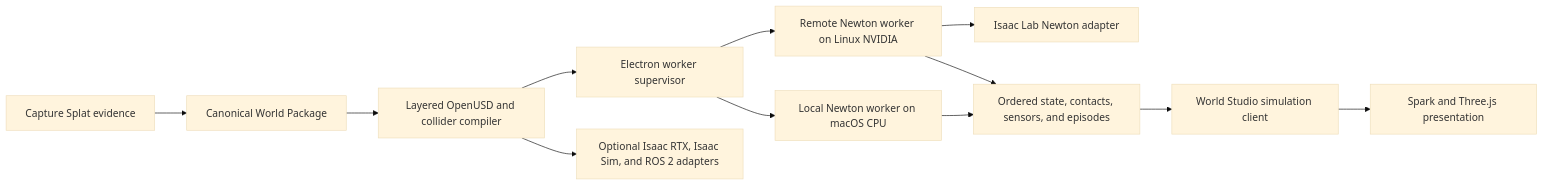
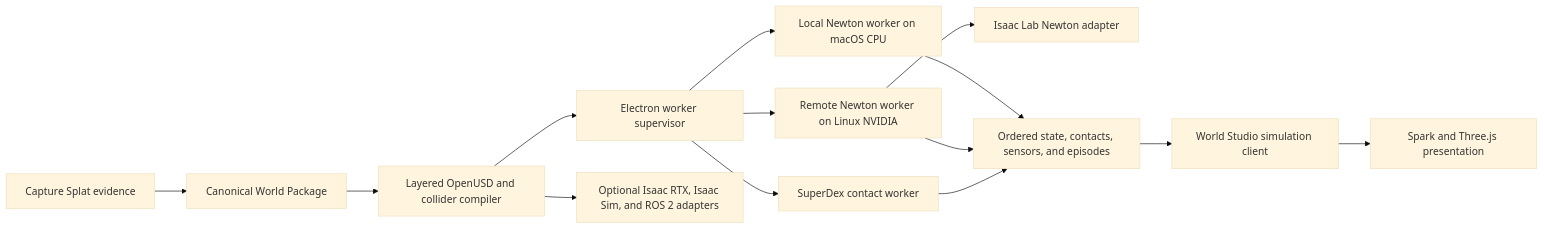
The diagram in docs/blueprints/world-compiler-v0.1/r2s2r-newton-2026-07-29/NEWTON_RUNTIME_ARCHITECTURE.md (sandeep-devarapalli/world-studio), drawn with Mermaid (base theme) before and after one commit. The commit also changed other lines of this file and 18 other files, not shown here.

````diff
--- a/docs/blueprints/world-compiler-v0.1/r2s2r-newton-2026-07-29/NEWTON_RUNTIME_ARCHITECTURE.md
+++ b/docs/blueprints/world-compiler-v0.1/r2s2r-newton-2026-07-29/NEWTON_RUNTIME_ARCHITECTURE.md
@@ -7,14 +9,16 @@
 ```mermaid
 flowchart LR
     A["Capture Splat evidence"] --> B["Canonical World Package"]
     B --> C["Layered OpenUSD and collider compiler"]
     C --> D["Electron worker supervisor"]
     D --> E["Local Newton worker on macOS CPU"]
     D --> F["Remote Newton worker on Linux NVIDIA"]
+    D --> L["SuperDex contact worker"]
     F --> G["Isaac Lab Newton adapter"]
     C --> H["Optional Isaac RTX, Isaac Sim, and ROS 2 adapters"]
     E --> I["Ordered state, contacts, sensors, and episodes"]
     F --> I
+    L --> I
     I --> J["World Studio simulation client"]
     J --> K["Spark and Three.js presentation"]
 ```
````
